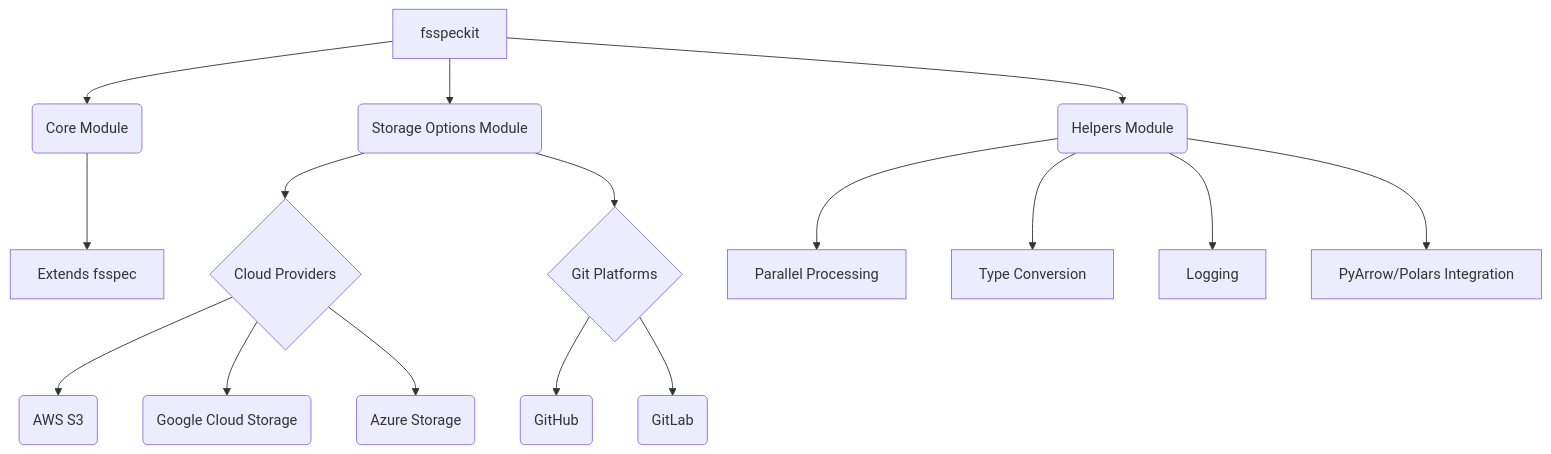
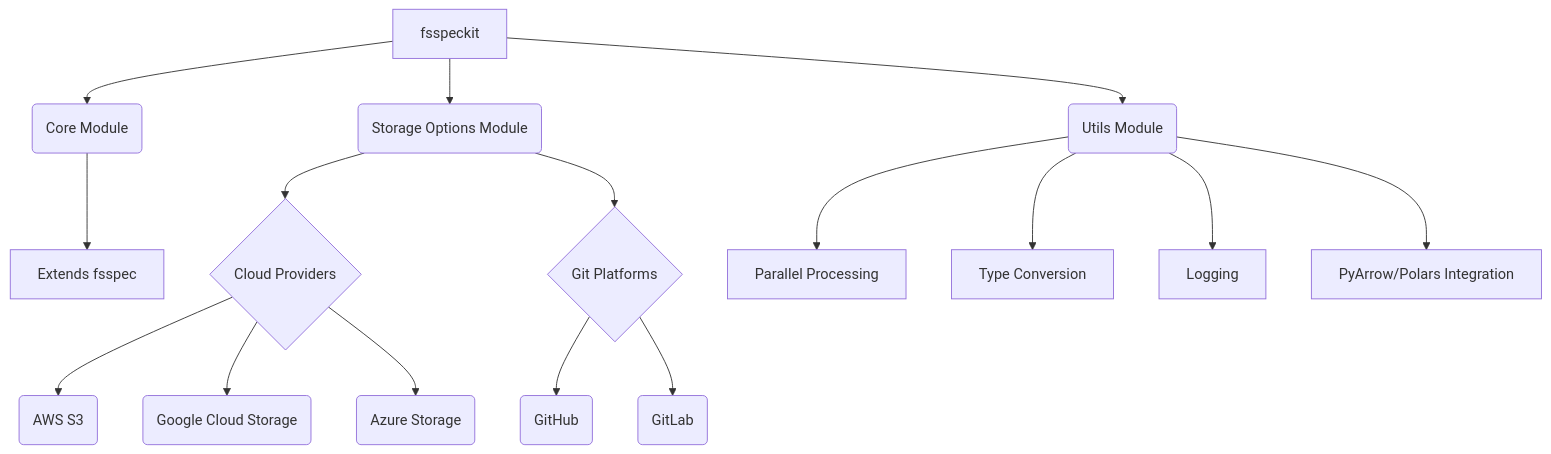
One commit to legout/fs-utils changed the diagram in docs/architecture.md. Above: the diagram before and after it, drawn with Mermaid. The commit also changed other lines of this file and 34 other files, not shown here.

First line of the commit message:
refactor: replace helpers module with utils, implement utils package and update docs/tests

````diff
--- a/docs/architecture.md
+++ b/docs/architecture.md
@@ -39,18 +39,18 @@
 ```mermaid
 graph TD
     A[fsspeckit] --> B(Core Module)
     A --> C(Storage Options Module)
-    A --> D(Helpers Module)
+    A --> D(Utils Module)
     B --> E[Extends fsspec]
     C --> F{Cloud Providers}
     C --> G{Git Platforms}
     D --> H[Parallel Processing]
     D --> I[Type Conversion]
     D --> J[Logging]
     D --> K[PyArrow/Polars Integration]
     F --> L(AWS S3)
     F --> M(Google Cloud Storage)
     F --> N(Azure Storage)
     G --> O(GitHub)
     G --> P(GitLab)
 ```
````
